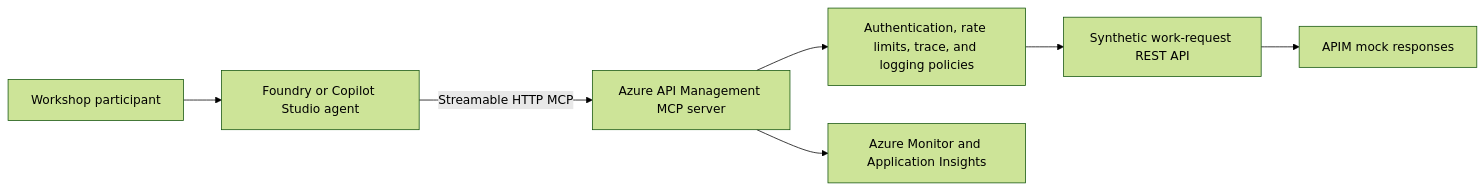
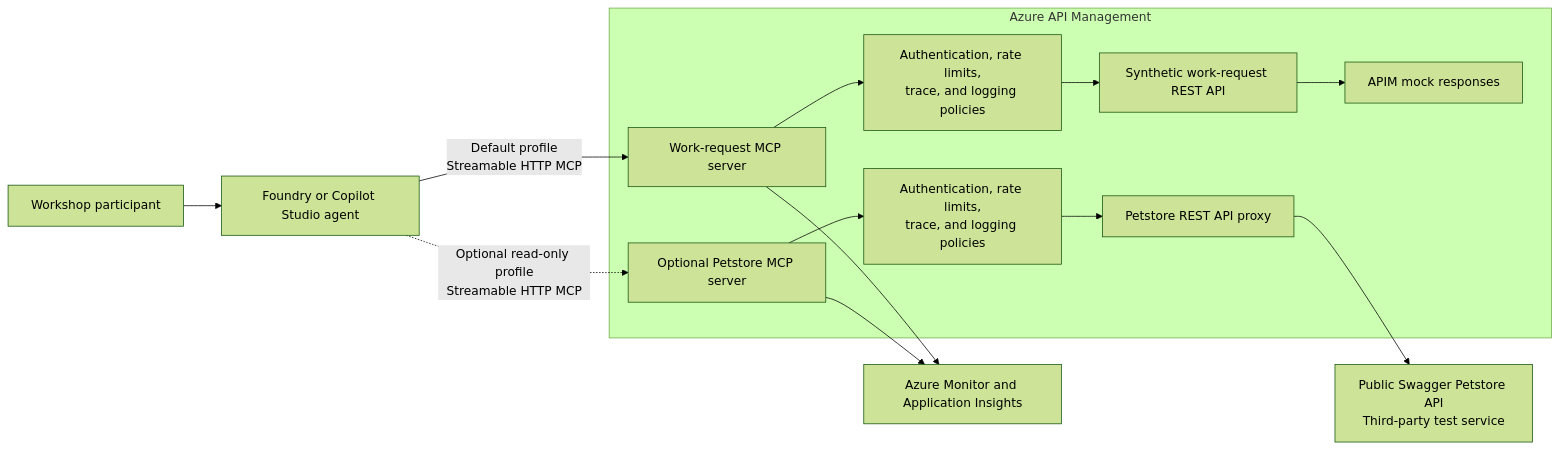
The diagram in docs/architecture.md (yurilausberg/foundry-apim-mcp-workshop), drawn with Mermaid (forest theme) before and after one commit. The commit also changed other lines of this file, not shown here.

Commit message:
Add Petstore path to architecture diagram

Copilot-Session: 704de9ad-7fbc-45c8-a36d-bf7e2951ec00

````diff
--- a/docs/architecture.md
+++ b/docs/architecture.md
@@ -3,9 +3,28 @@
 ```mermaid
 flowchart LR
     User[Workshop participant] --> Agent[Foundry or Copilot Studio agent]
-    Agent -->|Streamable HTTP MCP| APIM[Azure API Management MCP server]
-    APIM --> Policy[Authentication, rate limits, trace, and logging policies]
-    Policy --> API[Synthetic work-request REST API]
-    API --> Mock[APIM mock responses]
-    APIM --> Monitor[Azure Monitor and Application Insights]
+
+    subgraph APIM["Azure API Management"]
+        WorkMCP["Work-request MCP server"]
+        WorkPolicy["Authentication, rate limits,<br/>trace, and logging policies"]
+        WorkAPI["Synthetic work-request REST API"]
+        WorkMock["APIM mock responses"]
+
+        PetMCP["Optional Petstore MCP server"]
+        PetPolicy["Authentication, rate limits,<br/>trace, and logging policies"]
+        PetAPI["Petstore REST API proxy"]
+    end
+
+    Agent -->|Default profile<br/>Streamable HTTP MCP| WorkMCP
+    WorkMCP --> WorkPolicy
+    WorkPolicy --> WorkAPI
+    WorkAPI --> WorkMock
+
+    Agent -.->|Optional read-only profile<br/>Streamable HTTP MCP| PetMCP
+    PetMCP --> PetPolicy
+    PetPolicy --> PetAPI
+    PetAPI --> Petstore["Public Swagger Petstore API<br/>Third-party test service"]
+
+    WorkMCP --> Monitor[Azure Monitor and Application Insights]
+    PetMCP --> Monitor
 ```
````
